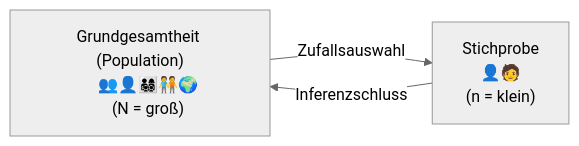
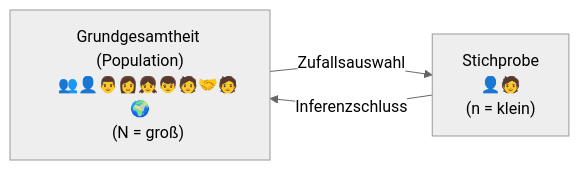
The first of 2 diagrams in 0250-inferenz.qmd (sebastiansauer/start-bayes), drawn with Mermaid (neutral theme) before and after one commit. The commit also changed other lines of this file and 77 other files, not shown here.

````diff
--- a/0250-inferenz.qmd
+++ b/0250-inferenz.qmd
@@ -239,23 +239,24 @@
 ```{mermaid}
 %%| label: fig-desk-inf
 %%| fig-cap: Zusammenhang von Deskriptivstatistik und Inferenzstatistik
+%%| fig-width: 4
 graph LR
     %% 1. Definition der Grundgesamtheit (viele Emojis)
     Population["Grundgesamtheit (Population)
-    👥👤👨‍👩‍👧‍👦🧑‍🤝‍🧑🌍
+    👥👤👨👩👧👦🧑🤝🧑🌍
     (N = groß)"]
     
     %% 2. Definition der Stichprobe (wenige Emojis)
     Sample["Stichprobe
     👤🧑
     (n = klein)"]
 
      
    
     Population -->|Zufallsauswahl| Sample
 
    
     Sample -- Inferenzschluss --> Population
     
    
 ```
````
